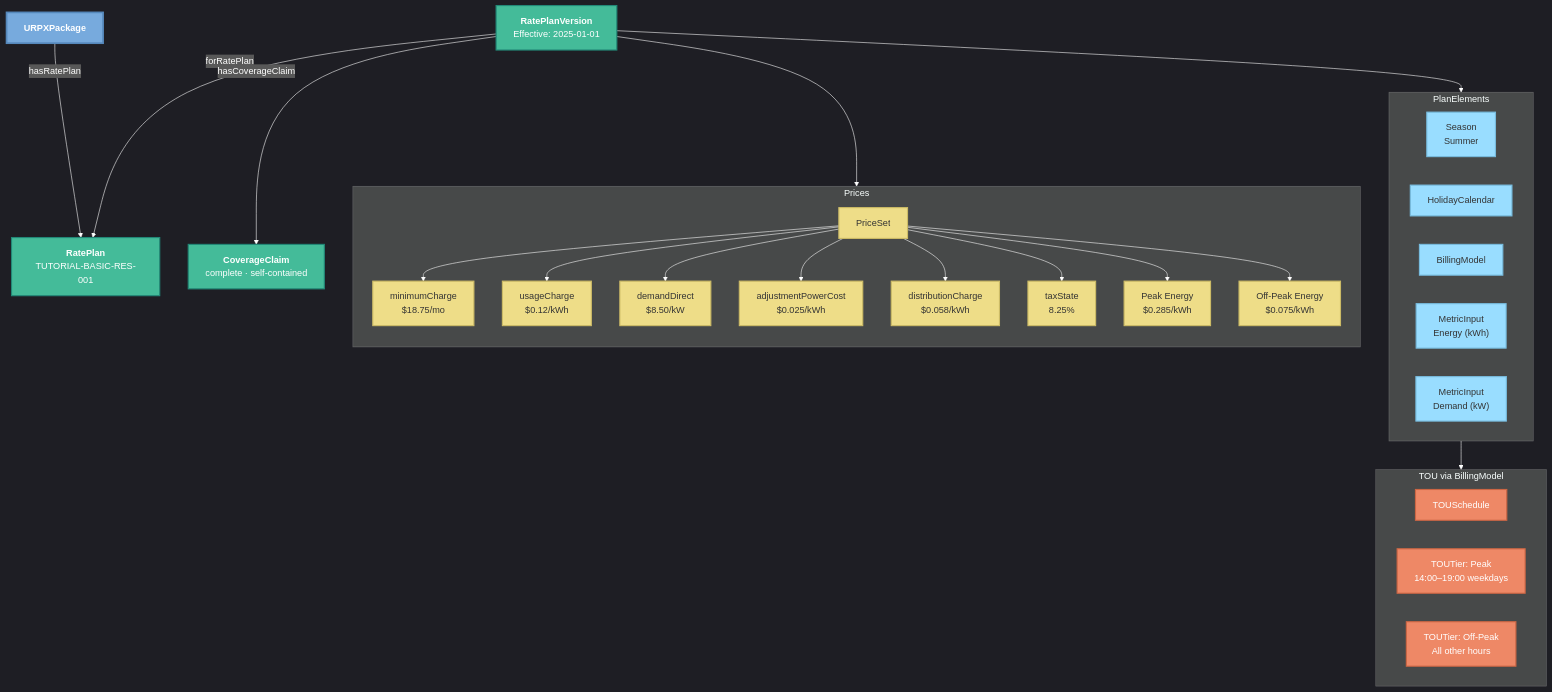
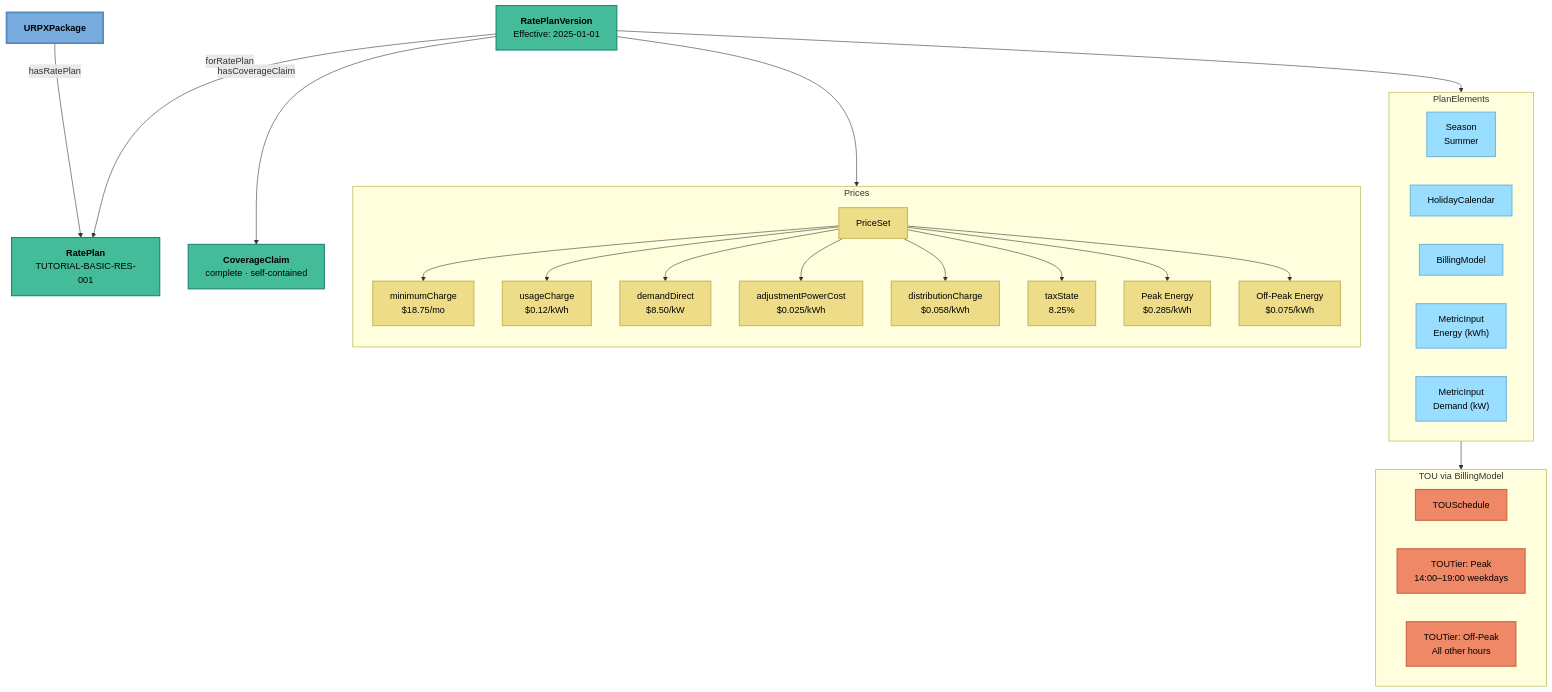
Before and after one commit to urpx-org/urpx: the fifth of 5 diagrams in documentation/pages/urpx-tutorial.md, drawn with Mermaid. The commit also changed other lines of this file and 65 other files, not shown here.

````diff
--- a/documentation/pages/urpx-tutorial.md
+++ b/documentation/pages/urpx-tutorial.md
@@ -836,58 +832,57 @@
 ```mermaid
-%%{init: {'theme':'dark', 'themeVariables': { 'darkMode':'true', 'background':'#000000', 'primaryColor':'#77AADD', 'primaryTextColor':'#ffffff', 'primaryBorderColor':'#5588BB', 'lineColor':'#ffffff', 'secondaryColor':'#44BB99', 'tertiaryColor':'#EE8866', 'textColor':'#ffffff', 'nodeTextColor':'#ffffff'}}}%%
 
 graph TB
     Doc["<b>URPXPackage</b>"]
     RP["<b>RatePlan</b><br/>TUTORIAL-BASIC-RES-001"]
     RPV["<b>RatePlanVersion</b><br/>Effective: 2025-01-01"]
     CC["<b>CoverageClaim</b><br/>complete · self-contained"]
 
     subgraph Elements["PlanElements"]
         direction LR
         Season["Season<br/>Summer"]
         HC["HolidayCalendar"]
         BM["BillingModel"]
         MI1["MetricInput<br/>Energy (kWh)"]
         MI2["MetricInput<br/>Demand (kW)"]
     end
 
     subgraph TOU["TOU via BillingModel"]
         direction LR
         Sched["TOUSchedule"]
         Peak["TOUTier: Peak<br/>14:00–19:00 weekdays"]
         OffPeak["TOUTier: Off-Peak<br/>All other hours"]
     end
 
     subgraph Pricing["Prices"]
         direction TB
         PS["PriceSet"]
         P1["minimumCharge<br/>$18.75/mo"]
         P2["usageCharge<br/>$0.12/kWh"]
         P3["demandDirect<br/>$8.50/kW"]
         P4["adjustmentPowerCost<br/>$0.025/kWh"]
         P5["distributionCharge<br/>$0.058/kWh"]
         P6["taxState<br/>8.25%"]
         P7["Peak Energy<br/>$0.285/kWh"]
         P8["Off-Peak Energy<br/>$0.075/kWh"]
     end
 
     Doc -->|hasRatePlan| RP
     RPV -->|forRatePlan| RP
     RPV -->|hasCoverageClaim| CC
     RPV --> Elements
     RPV --> Pricing
     BM --> TOU
     PS --> P1 & P2 & P3 & P4 & P5 & P6 & P7 & P8
 
-    classDef docClass fill:#77AADD,stroke:#5588BB,stroke-width:3px,color:#fff
-    classDef planClass fill:#44BB99,stroke:#228877,stroke-width:2px,color:#fff
-    classDef priceClass fill:#EEDD88,stroke:#CCBB66,stroke-width:2px,color:#333
-    classDef touClass fill:#EE8866,stroke:#CC6644,stroke-width:2px,color:#fff
-    classDef elemClass fill:#99DDFF,stroke:#77BBDD,stroke-width:2px,color:#333
+    classDef docClass fill:#77AADD,stroke:#5588BB,stroke-width:3px,color:#000
+    classDef planClass fill:#44BB99,stroke:#228877,stroke-width:2px,color:#000
+    classDef priceClass fill:#EEDD88,stroke:#CCBB66,stroke-width:2px,color:#000
+    classDef touClass fill:#EE8866,stroke:#CC6644,stroke-width:2px,color:#000
+    classDef elemClass fill:#99DDFF,stroke:#77BBDD,stroke-width:2px,color:#000
 
     class Doc docClass
     class RP,RPV,CC planClass
     class Season,HC,BM,MI1,MI2 elemClass
     class Sched,Peak,OffPeak touClass
     class PS,P1,P2,P3,P4,P5,P6,P7,P8 priceClass
 ```
````
